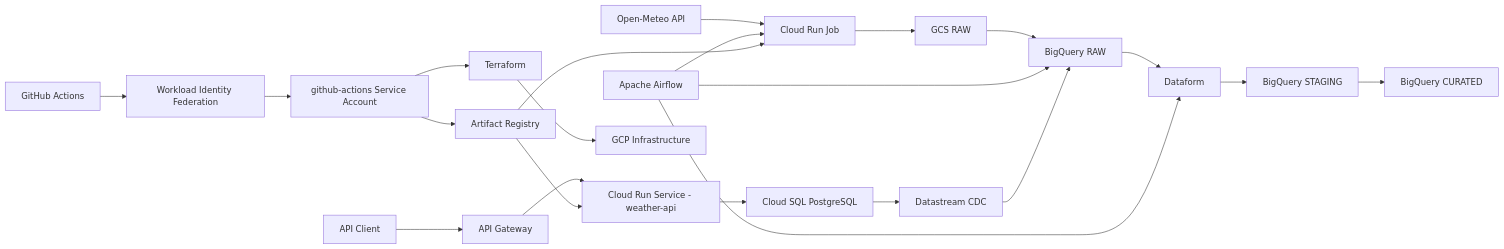
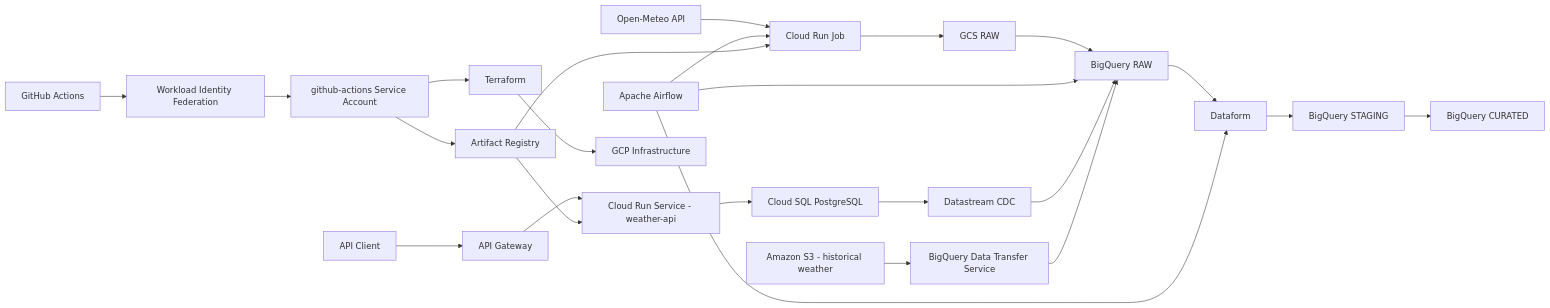
One commit to Maugun/gcp-weather-data-platform changed the diagram in README.md. Above: the diagram before and after it, drawn with Mermaid. The commit also changed other lines of this file and 14 other files, not shown here.

Commit message:
feat: add AWS S3 historical weather ingestion

````diff
--- a/README.md
+++ b/README.md
@@ -14,31 +16,35 @@
 ```mermaid
 flowchart LR
     %% Data pipeline
     OM[Open-Meteo API] --> CRJ[Cloud Run Job]
     CRJ --> GCS[GCS RAW]
     GCS --> BQRAW[BigQuery RAW]
     BQRAW --> DF[Dataform]
     DF --> STG[BigQuery STAGING]
     STG --> CUR[BigQuery CURATED]
 
     AF[Apache Airflow] --> CRJ
     AF --> BQRAW
     AF --> DF
 
     %% Operational API + CDC
     CLIENT[API Client] --> GW[API Gateway]
     GW --> CRS[Cloud Run Service - weather-api]
     CRS --> PG[Cloud SQL PostgreSQL]
     PG --> DS[Datastream CDC]
     DS --> BQRAW
 
+    %% Multi-cloud historical ingestion
+    S3[Amazon S3 - historical weather] --> DTS[BigQuery Data Transfer Service]
+    DTS --> BQRAW
+
     %% CI/CD and IaC
     GH[GitHub Actions] --> WIF[Workload Identity Federation]
     WIF --> GHA[github-actions Service Account]
     GHA --> AR[Artifact Registry]
     GHA --> TF[Terraform]
     TF --> GCP[GCP Infrastructure]
 
     AR --> CRJ
     AR --> CRS
 ```
````
